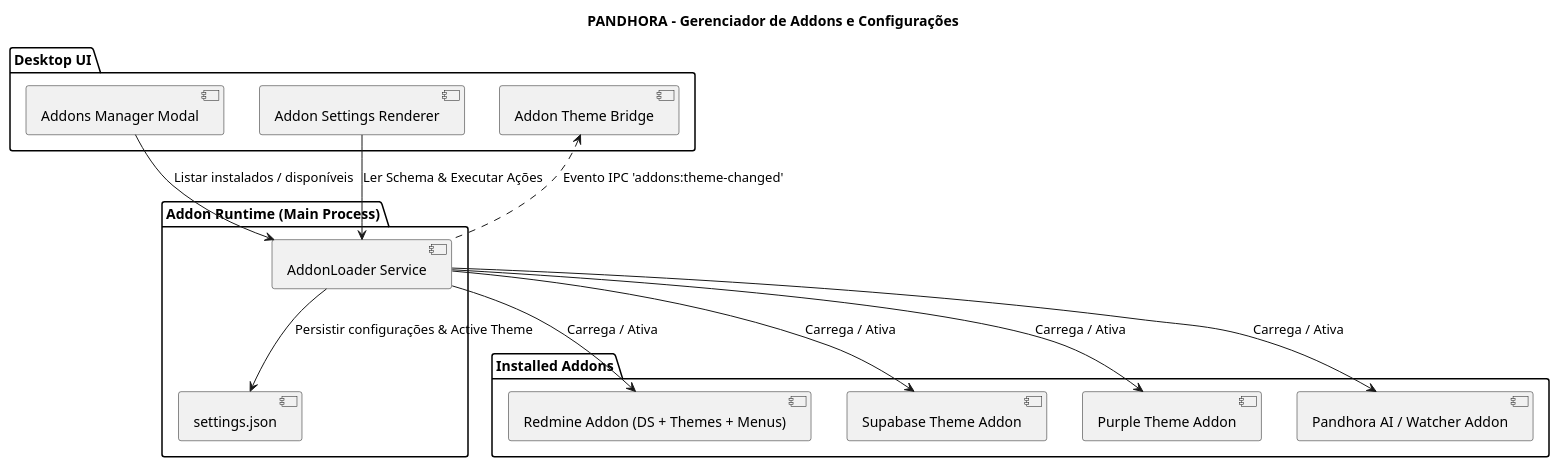
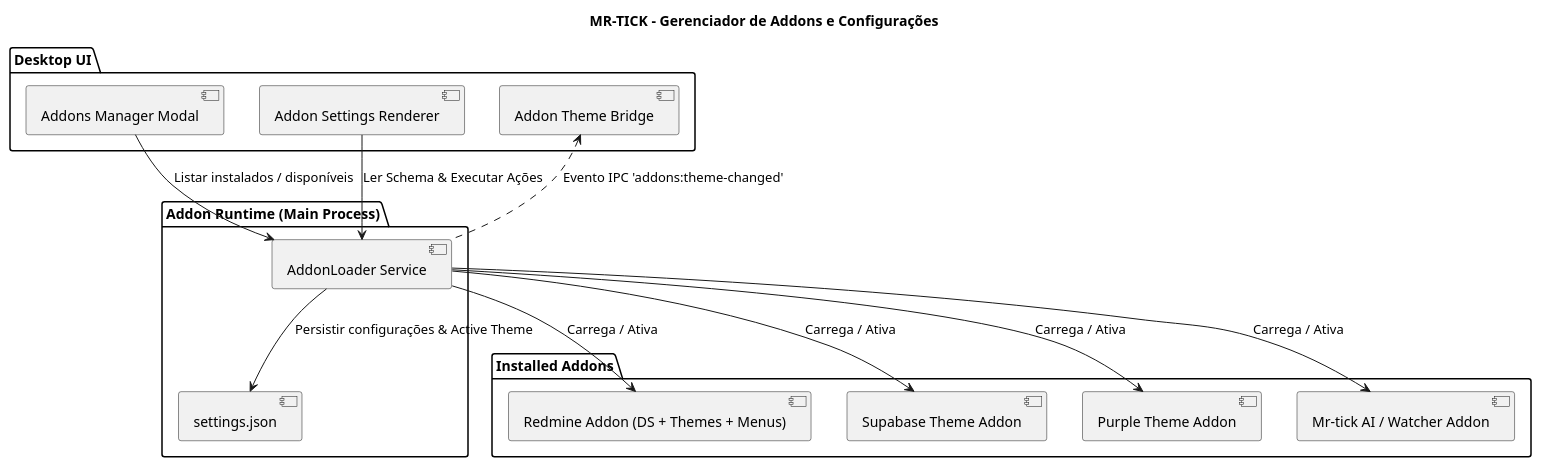
One commit to Gustavohps10/gamhora changed the diagram in docs/srs/diagrams/puml/component/diagram-component-002-addons-market.puml. Above: the diagram before and after it, drawn with PlantUML. The commit also changed 329 other files, not shown here.

First line of the commit message:
feat: rebrand to Mr. Tick, update landing page and fix addons manifest URL

```diff
--- a/docs/srs/diagrams/puml/component/diagram-component-002-addons-market.puml
+++ b/docs/srs/diagrams/puml/component/diagram-component-002-addons-market.puml
@@ -1,31 +1,31 @@
 @startuml ComponentAddonsMarket
-title PANDHORA - Gerenciador de Addons e Configurações
+title MR-TICK - Gerenciador de Addons e Configurações
 
 package "Desktop UI" {
     component [Addons Manager Modal] as ManagerModal
     component [Addon Settings Renderer] as SettingsRenderer
     component [Addon Theme Bridge] as ThemeBridge
 }
 
 package "Addon Runtime (Main Process)" {
     component [AddonLoader Service] as Loader
     database [settings.json] as LocalSettings
 }
 
 package "Installed Addons" {
     [Redmine Addon (DS + Themes + Menus)] as RedmineAddon
     [Supabase Theme Addon] as SupabaseAddon
     [Purple Theme Addon] as PurpleAddon
-    [Pandhora AI / Watcher Addon] as AIAddon
+    [Mr-tick AI / Watcher Addon] as AIAddon
 }
 
 ManagerModal --> Loader : Listar instalados / disponíveis
 SettingsRenderer --> Loader : Ler Schema & Executar Ações
 Loader --> LocalSettings : Persistir configurações & Active Theme
 ThemeBridge <.. Loader : Evento IPC 'addons:theme-changed'
 
 Loader --> RedmineAddon : Carrega / Ativa
 Loader --> SupabaseAddon : Carrega / Ativa
 Loader --> PurpleAddon : Carrega / Ativa
 Loader --> AIAddon : Carrega / Ativa
 @enduml
```
